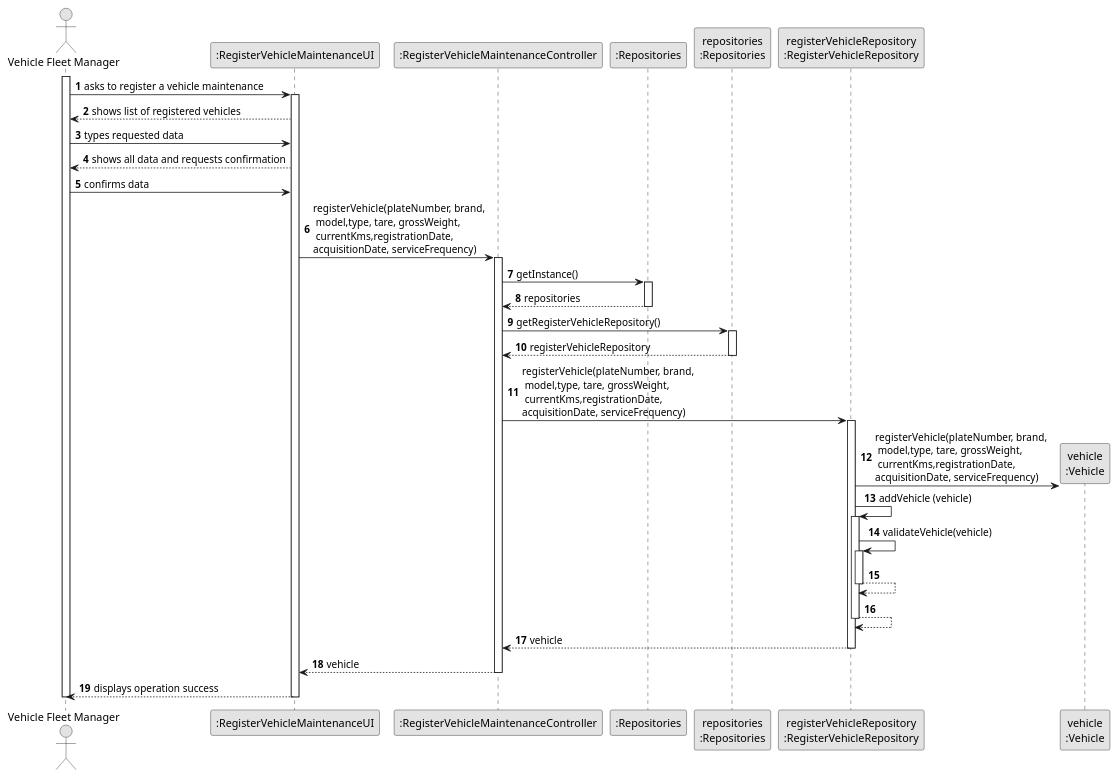
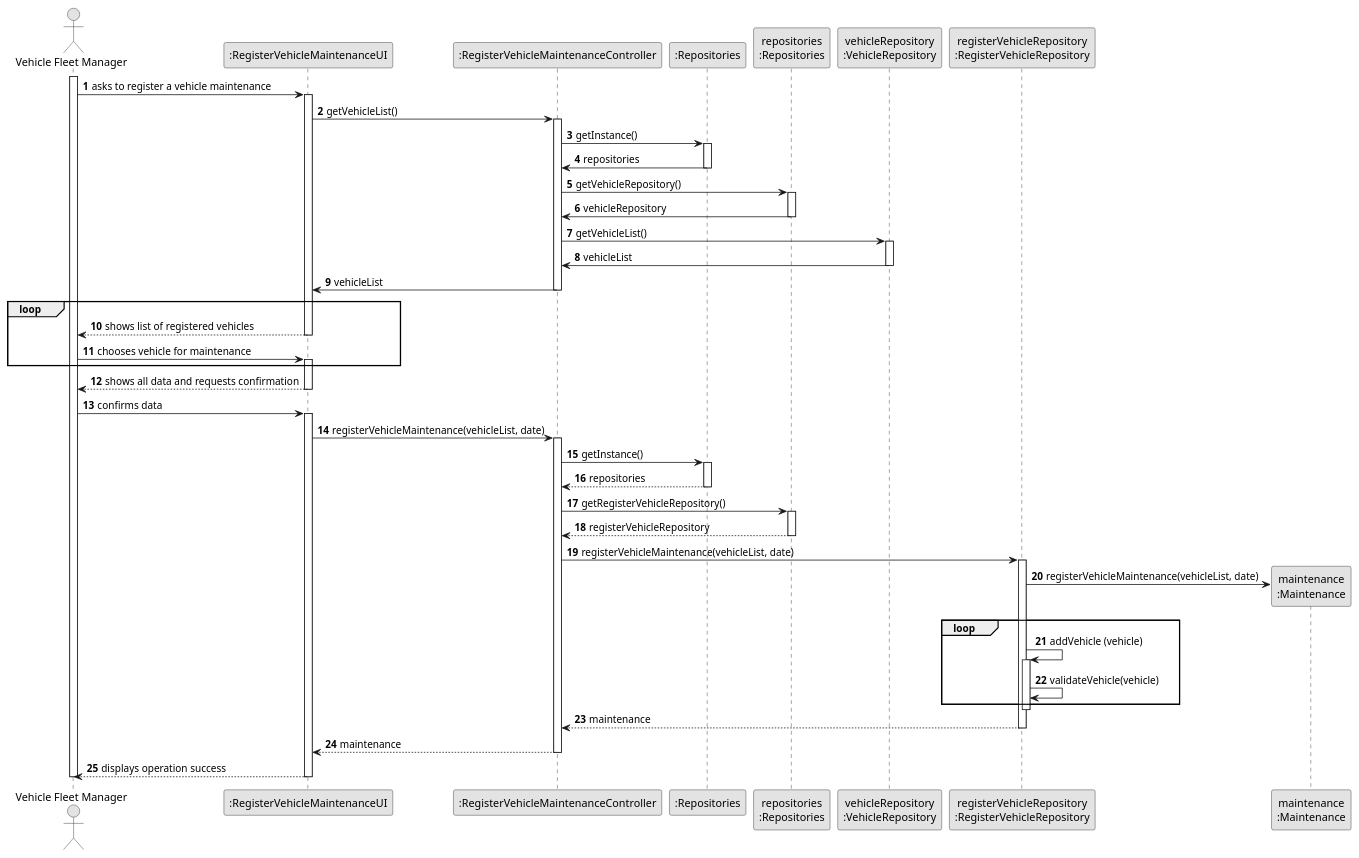
One commit to diogoveirospro/lei-24-s2-1dg-g072 changed the diagram in docs/sprintB/us007/03.design/puml/us007-sequence-diagram-full.puml. Above: the diagram before and after it, drawn with PlantUML. The commit also changed 6 other files, not shown here.

Commit message:
Made changes in the US006 class diagram and US007 design

```diff
--- a/docs/sprintB/us007/03.design/puml/us007-sequence-diagram-full.puml
+++ b/docs/sprintB/us007/03.design/puml/us007-sequence-diagram-full.puml
@@ -1,72 +1,92 @@
 @startuml
 skinparam monochrome true
 skinparam packageStyle rectangle
 skinparam shadowing false
 
 autonumber
 
 'hide footbox
 actor "Vehicle Fleet Manager" as ADM
 participant ":RegisterVehicleMaintenanceUI" as UI
 participant ":RegisterVehicleMaintenanceController" as CTRL
 participant ":Repositories" as RepositorySingleton
 participant "repositories\n:Repositories" as PLAT
+participant "vehicleRepository\n:VehicleRepository" as VREP
 participant "registerVehicleRepository\n:RegisterVehicleRepository" as RegisterVehicleRepository
-participant "vehicle\n:Vehicle" as VEHICLE
+participant "maintenance\n:Maintenance" as MAINTENANCE
 
 activate ADM
 
         ADM -> UI : asks to register a vehicle maintenance
 
         activate UI
+        UI -> CTRL : getVehicleList()
+            activate CTRL
+            CTRL -> RepositorySingleton : getInstance()
+            activate RepositorySingleton
 
+                RepositorySingleton -> CTRL : repositories
+            deactivate RepositorySingleton
+            CTRL -> PLAT : getVehicleRepository()
+            activate PLAT
+            PLAT -> CTRL : vehicleRepository
+            deactivate PLAT
+
+            CTRL -> VREP : getVehicleList()
+            activate VREP
+            VREP -> CTRL : vehicleList
+            deactivate VREP
+
+            CTRL -> UI : vehicleList
+            deactivate CTRL
+
+            loop
             UI --> ADM : shows list of registered vehicles
+            deactivate UI
 
-            ADM -> UI : types requested data
-
+            ADM -> UI : chooses vehicle for maintenance
+            activate UI
+            end
             UI --> ADM : shows all data and requests confirmation
-
+            deactivate UI
             ADM -> UI : confirms data
-
-            UI -> CTRL : registerVehicle(plateNumber, brand,\n model,type, tare, grossWeight,\n currentKms,registrationDate,\nacquisitionDate, serviceFrequency)
+            activate UI
+            UI -> CTRL : registerVehicleMaintenance(vehicleList, date)
             activate CTRL
 
                 CTRL -> RepositorySingleton : getInstance()
                 activate RepositorySingleton
 
                     RepositorySingleton --> CTRL: repositories
                 deactivate RepositorySingleton
 
                 CTRL -> PLAT : getRegisterVehicleRepository()
                 activate PLAT
 
                     PLAT --> CTRL: registerVehicleRepository
                 deactivate PLAT
 
-                CTRL -> RegisterVehicleRepository : registerVehicle(plateNumber, brand,\n model,type, tare, grossWeight,\n currentKms,registrationDate,\nacquisitionDate, serviceFrequency)
+                CTRL -> RegisterVehicleRepository : registerVehicleMaintenance(vehicleList, date)
                 activate RegisterVehicleRepository
 
-                RegisterVehicleRepository -> VEHICLE**: registerVehicle(plateNumber, brand,\n model,type, tare, grossWeight,\n currentKms,registrationDate,\nacquisitionDate, serviceFrequency)
+                RegisterVehicleRepository -> MAINTENANCE**: registerVehicleMaintenance(vehicleList, date)
+
+                loop
                 RegisterVehicleRepository -> RegisterVehicleRepository: addVehicle (vehicle)
 
                  activate RegisterVehicleRepository
                      RegisterVehicleRepository -> RegisterVehicleRepository: validateVehicle(vehicle)
-                     activate RegisterVehicleRepository
-                         RegisterVehicleRepository --> RegisterVehicleRepository
-                     deactivate RegisterVehicleRepository
-
-                     RegisterVehicleRepository --> RegisterVehicleRepository
+                 end
                  deactivate RegisterVehicleRepository
-
-                                RegisterVehicleRepository --> CTRL : vehicle
-
+                                RegisterVehicleRepository --> CTRL : maintenance
                             deactivate RegisterVehicleRepository
 
-            CTRL --> UI: vehicle
+
+            CTRL --> UI: maintenance
             deactivate CTRL
             UI --> ADM: displays operation success
     deactivate UI
 
 deactivate ADM
 
 @enduml
```
